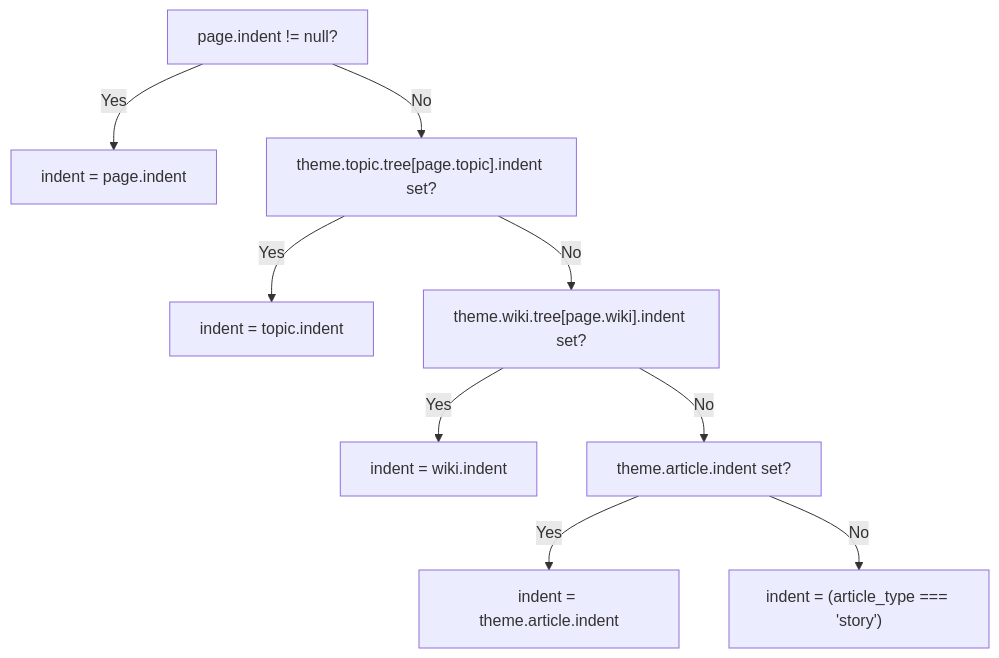
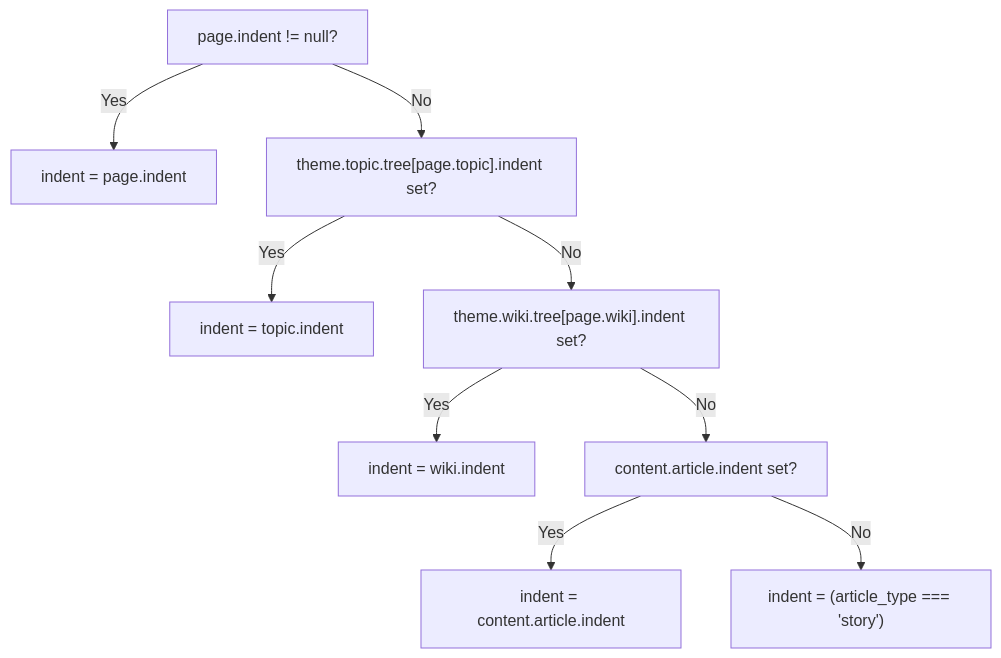
One commit to xaoxuu/hexo-theme-stellar changed the fourth of 5 diagrams in docs/knowledge/02-布局系统/page-templates-routing.md. Above: the diagram before and after it, drawn with Mermaid. The commit also changed other lines of this file and 50 other files, not shown here.

````diff
--- a/docs/knowledge/02-布局系统/page-templates-routing.md
+++ b/docs/knowledge/02-布局系统/page-templates-routing.md
@@ -146,11 +146,11 @@
 ```mermaid
 flowchart TD
     A["page.indent != null?"] -->|Yes| B["indent = page.indent"]
     A -->|No| C["theme.topic.tree[page.topic].indent set?"]
     C -->|Yes| D["indent = topic.indent"]
     C -->|No| E["theme.wiki.tree[page.wiki].indent set?"]
     E -->|Yes| F["indent = wiki.indent"]
-    E -->|No| G["theme.article.indent set?"]
-    G -->|Yes| H["indent = theme.article.indent"]
+    E -->|No| G["content.article.indent set?"]
+    G -->|Yes| H["indent = content.article.indent"]
     G -->|No| I["indent = (article_type === 'story')"]
 ```
````
